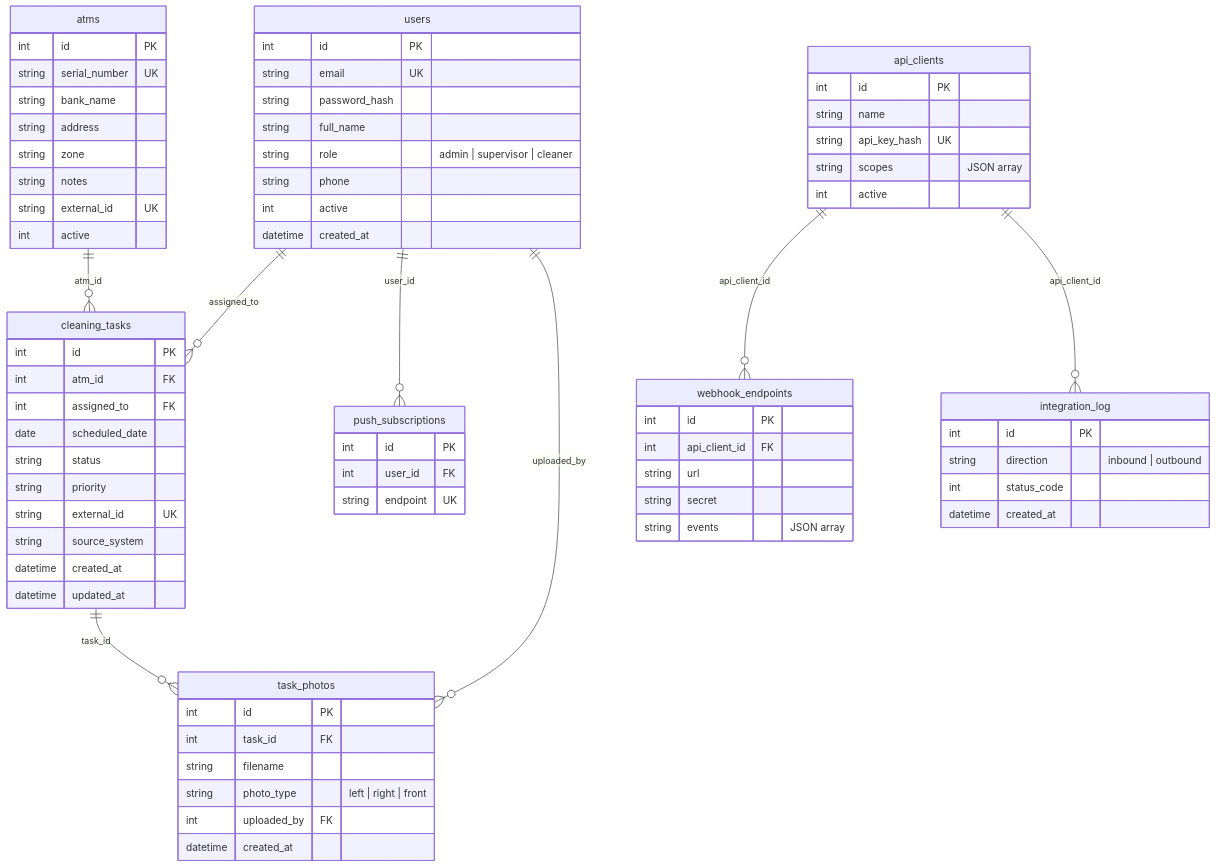
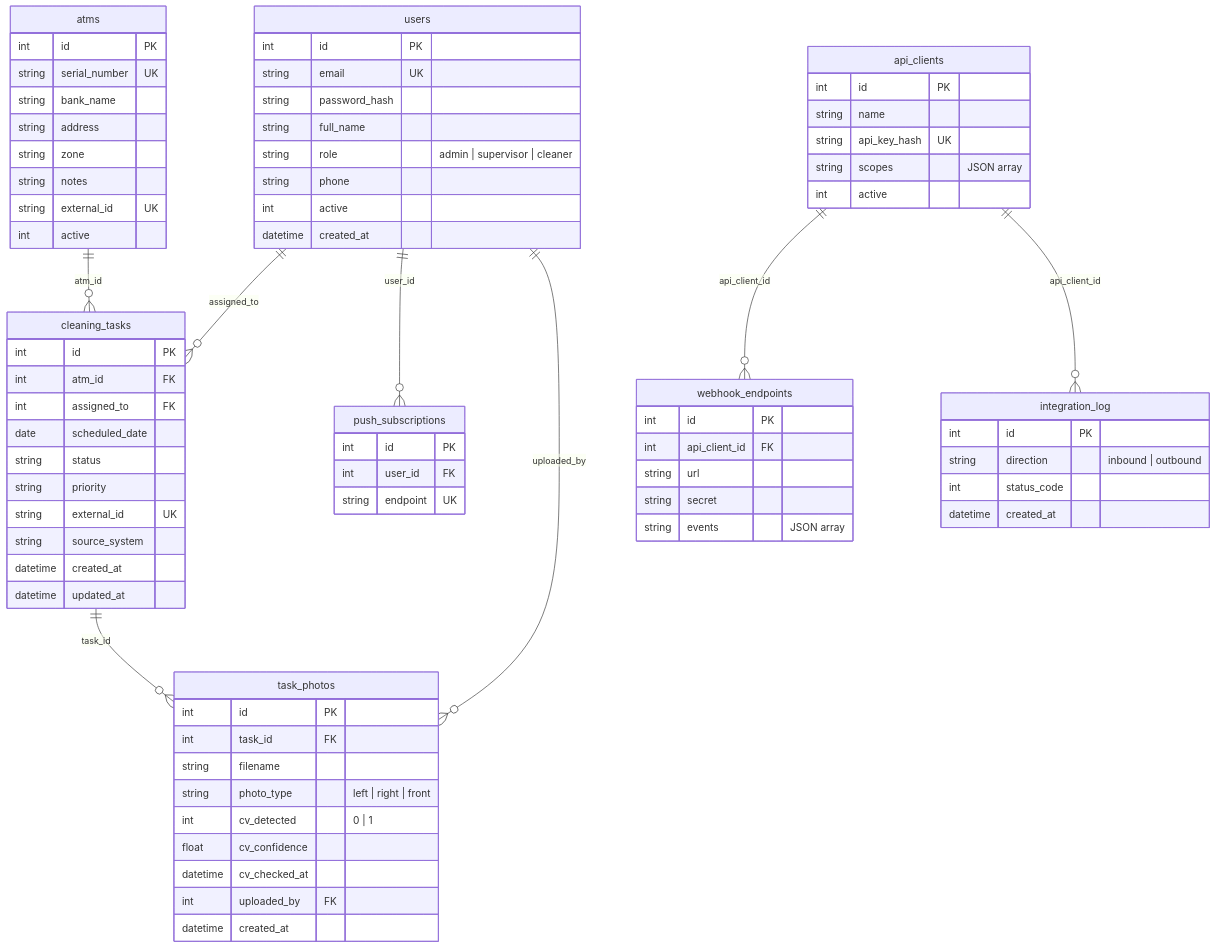
The second of 11 diagrams in ARCHITECTURE.md (DjSurfTSI/control-app), drawn with Mermaid before and after one commit. The commit also changed other lines of this file and 16 other files, not shown here.

```diff
--- a/ARCHITECTURE.md
+++ b/ARCHITECTURE.md
@@ -170,6 +174,9 @@
         int task_id FK
         string filename
         string photo_type "left | right | front"
+        int cv_detected "0 | 1"
+        float cv_confidence
+        datetime cv_checked_at
         int uploaded_by FK
         datetime created_at
     }
```
